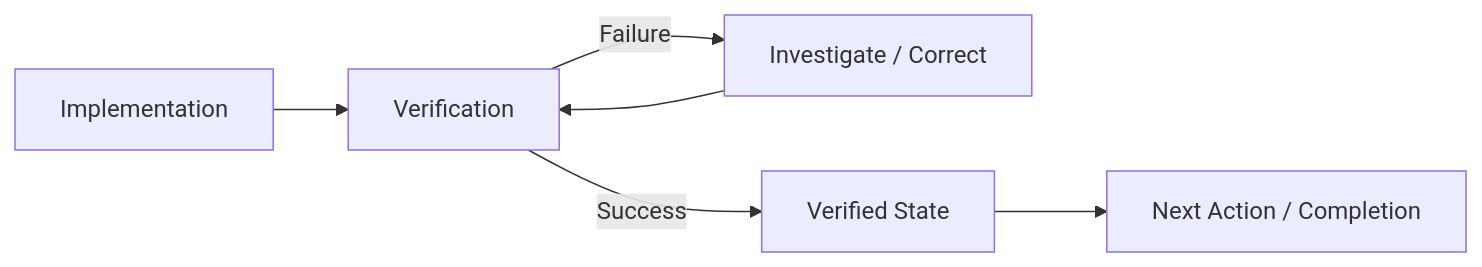
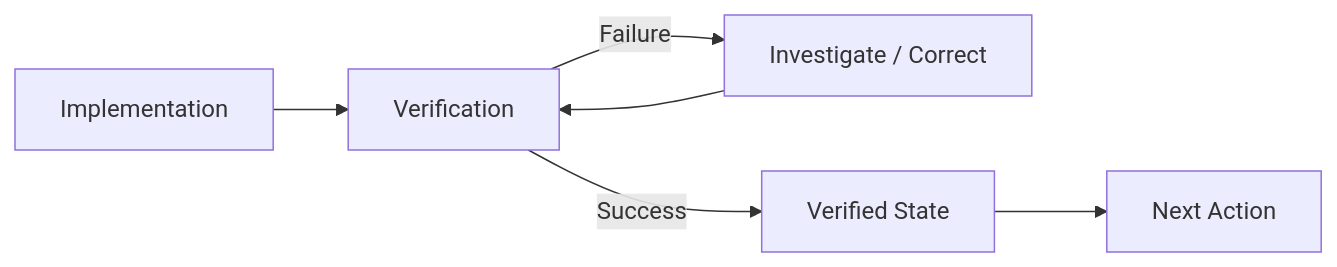
The second of 2 diagrams in README.md (khnker/opencode-wait-a-minute), drawn with Mermaid before and after one commit. The commit also changed other lines of this file, not shown here.

````diff
--- a/README.md
+++ b/README.md
@@ -132,8 +144,8 @@
 ```mermaid
 flowchart LR
     A[Implementation] --> B[Verification]
     B -->|Failure| C[Investigate / Correct]
     C --> B
     B -->|Success| D[Verified State]
-    D --> E[Next Action / Completion]
+    D --> E[Next Action]
 ```
````
